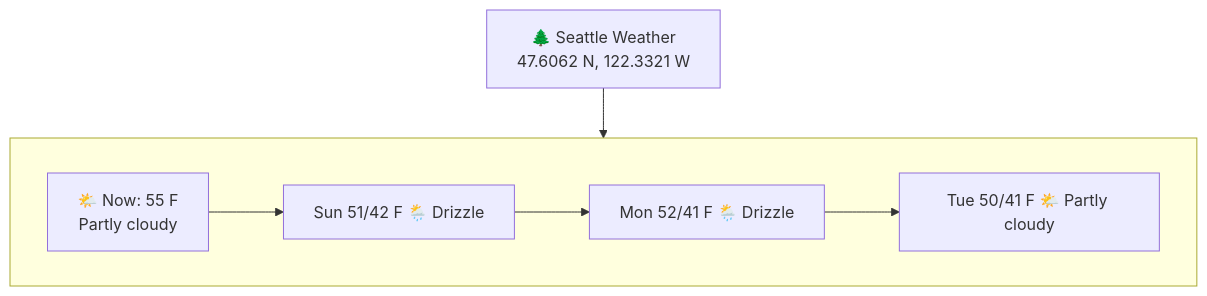
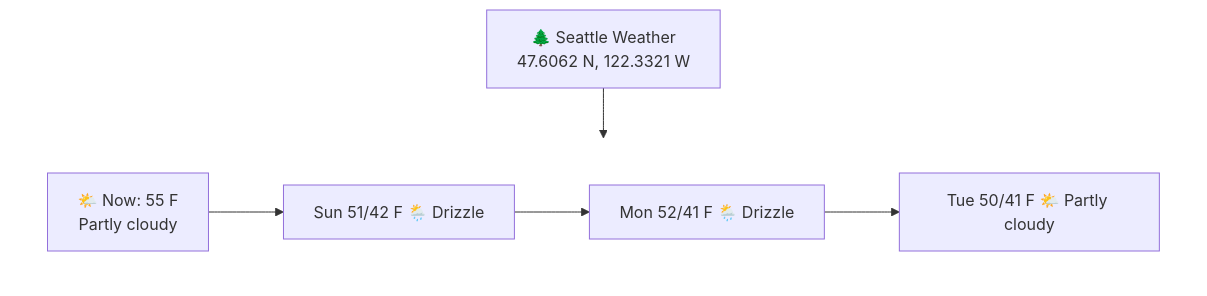
The diagram in README.md (23skdu/23skdu), drawn with Mermaid before and after one commit. The commit also changed 1 other file, not shown here.

Commit message:
Keep Seattle Weather label row above forecast row

````diff
--- a/README.md
+++ b/README.md
@@ -2,13 +2,14 @@
 ```mermaid
 flowchart TD
     T["🌲 Seattle Weather\n47.6062 N, 122.3321 W"]
     subgraph row[" "]
         direction LR
         N["🌤️ Now: 55 F\nPartly cloudy"]
         D1["Sun 51/42 F 🌦️ Drizzle"]
         D2["Mon 52/41 F 🌦️ Drizzle"]
         D3["Tue 50/41 F 🌤️ Partly cloudy"]
         N --> D1 --> D2 --> D3
     end
     T --> N
+    style row fill:none,stroke:none
 ```
````
